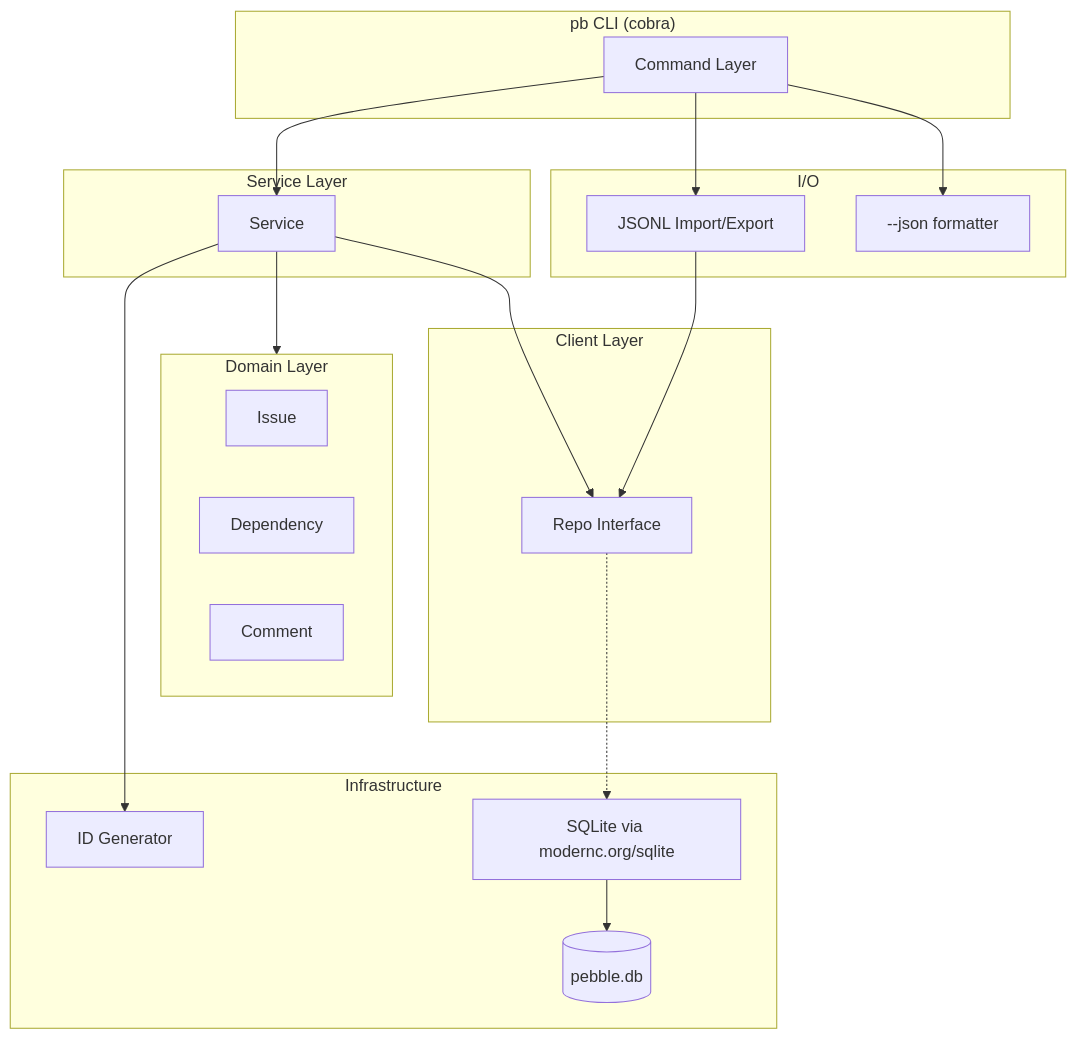
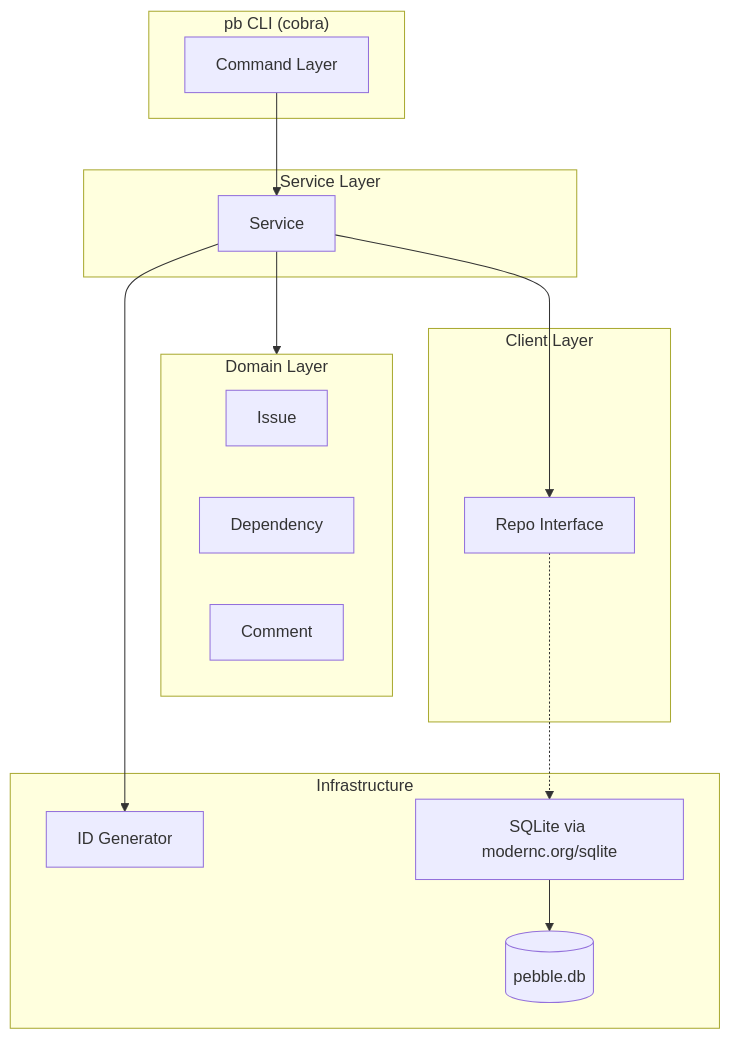
Before and after one commit to w-h-a/pebble: the diagram in README.md, drawn with Mermaid.

````diff
--- a/README.md
+++ b/README.md
@@ -13,41 +13,33 @@
 ```mermaid
 graph TD
   subgraph CLI ["pb CLI (cobra)"]
       CMD[Command Layer]
   end
 
   subgraph Service ["Service Layer"]
     SVC[Service]
   end
 
   subgraph Domain ["Domain Layer"]
       ISSUE[Issue]
       DEP[Dependency]
       COMMENT[Comment]
   end
 
   subgraph Client ["Client Layer"]
     REPO_IF[Repo Interface]
   end
 
   subgraph Infra ["Infrastructure"]
     IDGEN[ID Generator]
     SQLITE[SQLite via modernc.org/sqlite]
     DB[(pebble.db)]
   end
 
-  subgraph IO ["I/O"]
-      JSONL[JSONL Import/Export]
-      JSON[--json formatter]
-  end
-
   CMD --> SVC
-  CMD --> JSONL
-  CMD --> JSON
   SVC --> Domain
   SVC --> IDGEN
   SVC --> REPO_IF
   REPO_IF -.-> SQLITE
   SQLITE --> DB
-  JSONL --> REPO_IF
 ```
````
